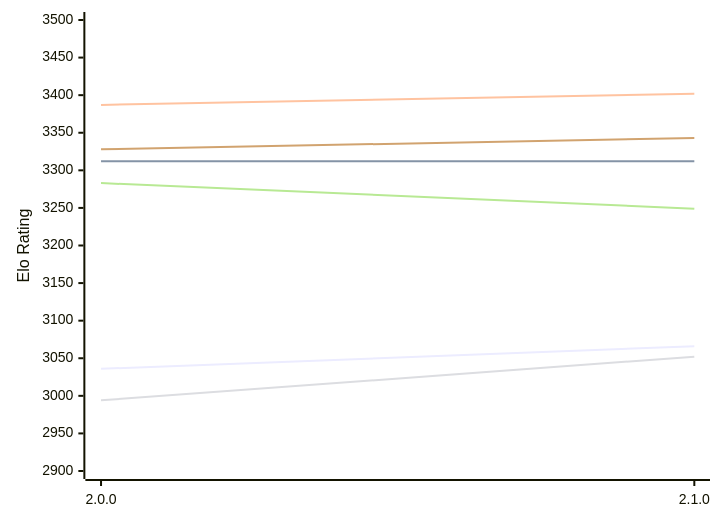
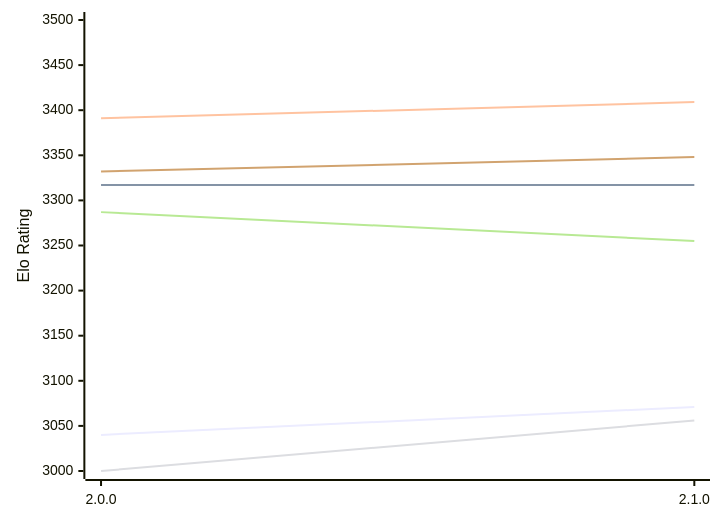
One commit to computer-chess-index/cci changed the diagram in engines/Sapling.md. Above: the diagram before and after it, drawn with Mermaid. The commit also changed other lines of this file, not shown here.

Commit message:
Update CCI Ratings (ELO VLTC) - 2026-11-20

````diff
--- a/engines/Sapling.md
+++ b/engines/Sapling.md
@@ -49,12 +49,12 @@
 ```mermaid
 %%{init: {"theme":"base","themeVariables":{"seriesColors:['#a3a3a3','#222221','#faa371']}}}%%
 xychart-beta
   x-axis ["2.0.0", "2.1.0"]
-  y-axis "Elo Rating" 2900 --> 3500
-  line "E1: STC (8.0+0.08s)" [3036, 3066]
-  line "E1: LTC (60.0+0.60s)" [3312, 3312]
-  line "E1: VLTC (2m24s+1.12s)" [3387, 3402]
-  line "P1: STC (8.0+0.08s)" [2994, 3052]
-  line "P1: LTC (60.0+0.60s)" [3283, 3249]
-  line "P1: VLTC (2m24s+1.12s)" [3328, 3343]
+  y-axis "Elo Rating" 3000 --> 3500
+  line "E1: STC (8.0+0.08s)" [3040, 3071]
+  line "E1: LTC (60.0+0.60s)" [3317, 3317]
+  line "E1: VLTC (2m24s+1.12s)" [3391, 3409]
+  line "P1: STC (8.0+0.08s)" [3000, 3056]
+  line "P1: LTC (60.0+0.60s)" [3287, 3255]
+  line "P1: VLTC (2m24s+1.12s)" [3332, 3348]
 ```
````
